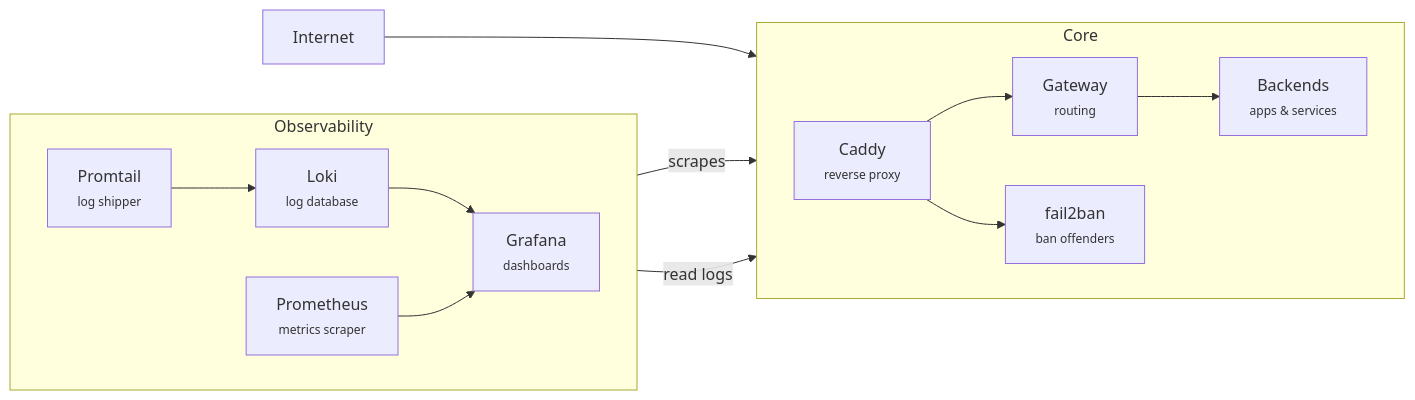
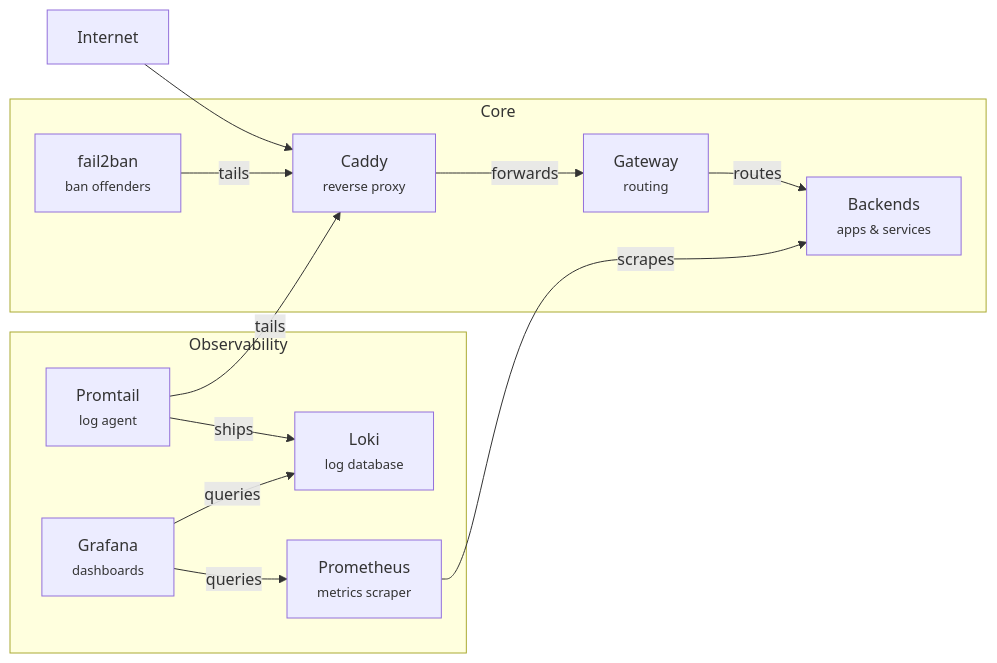
Before and after one commit to dario-mr/shipyard: the diagram in README.md, drawn with Mermaid. The commit also changed other lines of this file, not shown here.

Commit message:
improve architecture diagram

````diff
--- a/README.md
+++ b/README.md
@@ -10,30 +10,26 @@
 ```mermaid
-%%{init: { "securityLevel": "loose", "flowchart": { "htmlLabels": true, "curve": "basis" } }}%%
 flowchart LR
     Internet["Internet"]
-    Caddy["Caddy<br/><span style='font-size:12px'>reverse proxy</span>"]
-    Gateway["Gateway<br/><span style='font-size:12px'>routing</span>"]
-    Backends["Backends<br/><span style='font-size:12px'>apps & services</span>"]
-    fail2ban["fail2ban<br/><span style='font-size:12px'>ban offenders</span>"]
-    Promtail["Promtail<br/><span style='font-size:12px'>log shipper</span>"]
-    Loki["Loki<br/><span style='font-size:12px'>log database</span>"]
-    Prometheus["Prometheus<br/><span style='font-size:12px'>metrics scraper</span>"]
-    Grafana["Grafana<br/><span style='font-size:12px'>dashboards</span>"]
+    Caddy["Caddy<br/><span style='font-size:13px'>reverse proxy</span>"]
+    Gateway["Gateway<br/><span style='font-size:13px'>routing</span>"]
+    Backends["Backends<br/><span style='font-size:13px'>apps & services</span>"]
+    fail2ban["fail2ban<br/><span style='font-size:13px'>ban offenders</span>"]
+    Promtail["Promtail<br/><span style='font-size:13px'>log agent</span>"]
+    Loki["Loki<br/><span style='font-size:13px'>log database</span>"]
+    Prometheus["Prometheus<br/><span style='font-size:13px'>metrics scraper</span>"]
+    Grafana["Grafana<br/><span style='font-size:13px'>dashboards</span>"]
+    Internet --> Caddy
 
     subgraph Core
-        direction LR
-        Caddy --> Gateway --> Backends
-        Caddy --> fail2ban
+        Caddy -->|forwards| Gateway -->|routes| Backends
+        fail2ban -->|tails| Caddy
     end
 
     subgraph Observability
-        direction LR
-        Promtail --> Loki --> Grafana
+        Promtail -->|tails| Caddy
+        Promtail -->|ships| Loki
+        Grafana -->|queries| Loki
+        Grafana -->|queries| Prometheus
         Prometheus -->|scrapes| Backends
-        Prometheus --> Grafana
     end
-
-%% Connections across subgraphs
-    Internet --> Caddy
-    Promtail -->|read logs| Caddy
 ```
````
